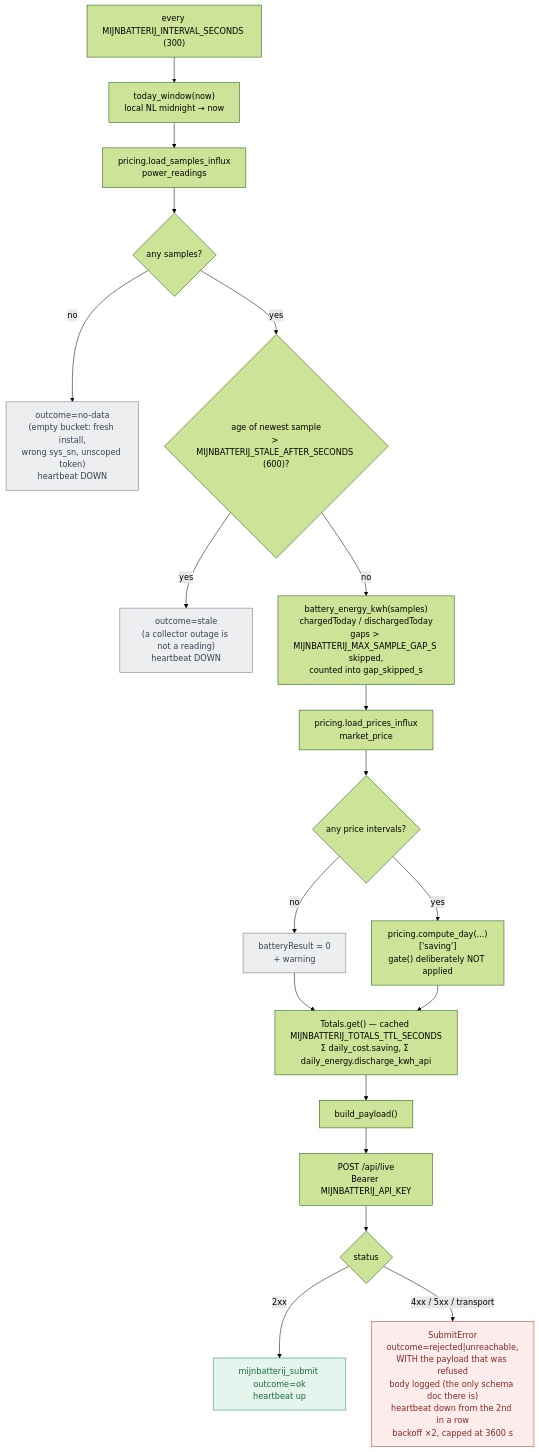
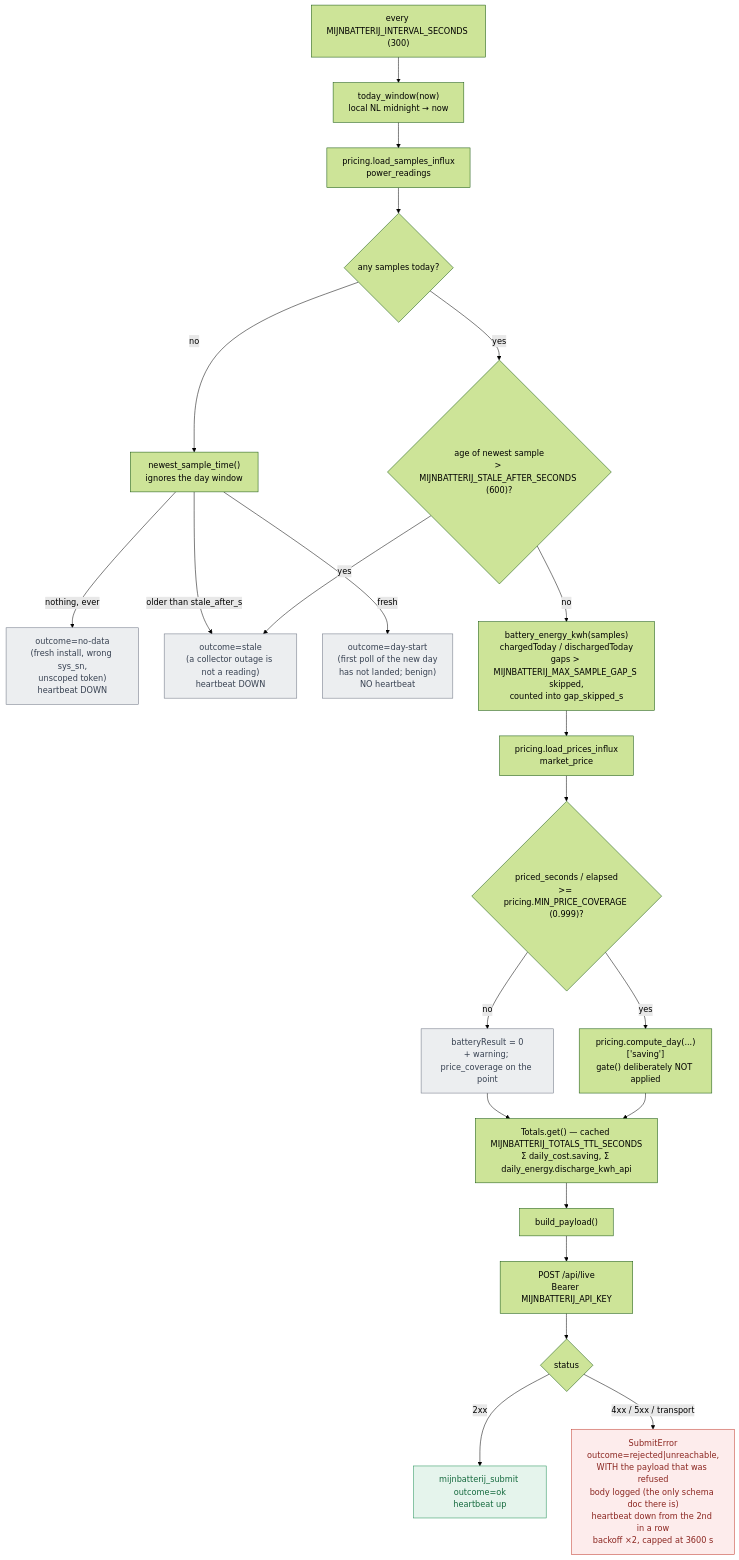
The diagram in docs/MIJNBATTERIJ-FLOW.md (sandeepthukral/alphaess-collector), drawn with Mermaid (forest theme) before and after one commit. The commit also changed other lines of this file and 3 other files, not shown here.

First line of the commit message:
Address third review: fix the midnight diagnostic, and stop a half-priced day being published

````diff
--- a/docs/MIJNBATTERIJ-FLOW.md
+++ b/docs/MIJNBATTERIJ-FLOW.md
@@ -18,28 +18,31 @@
 ```mermaid
 flowchart TD
     A["every MIJNBATTERIJ_INTERVAL_SECONDS (300)"] --> B["today_window(now)<br/>local NL midnight → now"]
     B --> C["pricing.load_samples_influx<br/>power_readings"]
-    C --> D{any samples?}
-    D -- no --> SKIP1["outcome=no-data<br/>(empty bucket: fresh install,<br/>wrong sys_sn, unscoped token)<br/>heartbeat DOWN"]
+    C --> D{any samples today?}
+    D -- no --> N["newest_sample_time()<br/>ignores the day window"]
+    N -- "nothing, ever" --> SKIP1["outcome=no-data<br/>(fresh install, wrong sys_sn,<br/>unscoped token)<br/>heartbeat DOWN"]
+    N -- "older than stale_after_s" --> SKIP2
+    N -- "fresh" --> DAY["outcome=day-start<br/>(first poll of the new day<br/>has not landed; benign)<br/>NO heartbeat"]
     D -- yes --> E{"age of newest sample<br/>&gt; MIJNBATTERIJ_STALE_AFTER_SECONDS (600)?"}
     E -- yes --> SKIP2["outcome=stale<br/>(a collector outage is not a reading)<br/>heartbeat DOWN"]
     E -- no --> F["battery_energy_kwh(samples)<br/>chargedToday / dischargedToday<br/>gaps &gt; MIJNBATTERIJ_MAX_SAMPLE_GAP_S skipped,<br/>counted into gap_skipped_s"]
     F --> G["pricing.load_prices_influx<br/>market_price"]
-    G --> H{any price intervals?}
-    H -- no --> Z["batteryResult = 0<br/>+ warning"]
+    G --> H{"priced_seconds / elapsed<br/>&gt;= pricing.MIN_PRICE_COVERAGE (0.999)?"}
+    H -- no --> Z["batteryResult = 0<br/>+ warning; price_coverage on the point"]
     H -- yes --> I["pricing.compute_day(...)['saving']<br/>gate() deliberately NOT applied"]
     Z --> J
     I --> J["Totals.get() — cached MIJNBATTERIJ_TOTALS_TTL_SECONDS<br/>Σ daily_cost.saving, Σ daily_energy.discharge_kwh_api"]
     J --> K["build_payload()"]
     K --> L["POST /api/live<br/>Bearer MIJNBATTERIJ_API_KEY"]
     L --> M{status}
     M -- "2xx" --> OK["mijnbatterij_submit outcome=ok<br/>heartbeat up"]
     M -- "4xx / 5xx / transport" --> ERR["SubmitError<br/>outcome=rejected|unreachable,<br/>WITH the payload that was refused<br/>body logged (the only schema doc there is)<br/>heartbeat down from the 2nd in a row<br/>backoff ×2, capped at 3600 s"]
 
     classDef ok fill:#e5f4ec,stroke:#1f8f56,color:#166a3f;
     classDef skip fill:#eceef0,stroke:#6b7280,color:#374151;
     classDef bad fill:#fdecec,stroke:#c0392b,color:#8b2620;
     class OK ok;
-    class SKIP1,SKIP2,Z skip;
+    class SKIP1,SKIP2,Z,DAY skip;
     class ERR bad;
 ```
````
